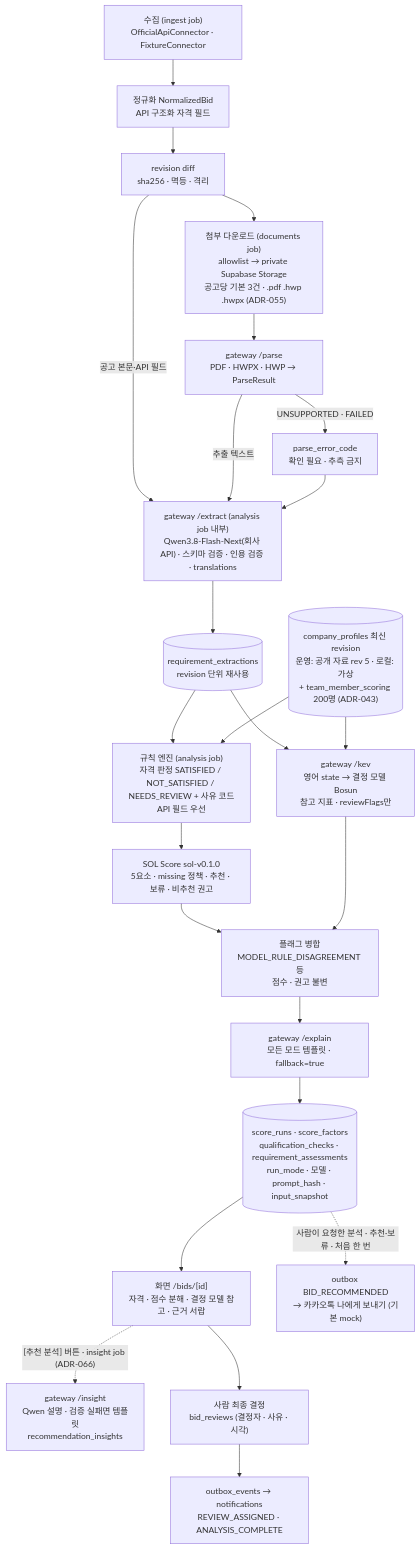
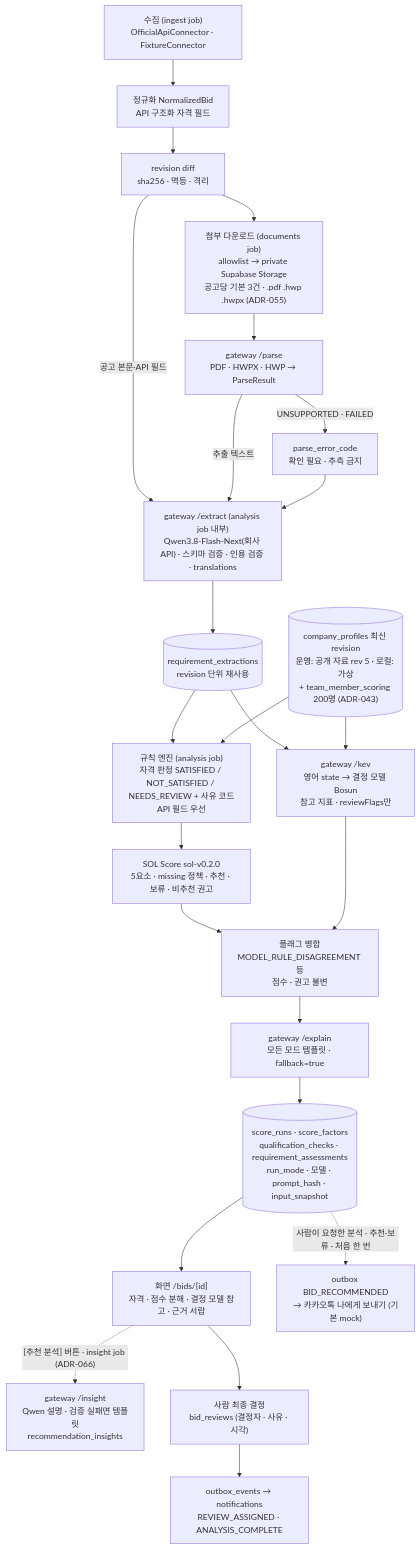
Before and after one commit to solideoai/sol-radar: the third of 3 diagrams in docs/submission/architecture.md, drawn with Mermaid. The commit also changed other lines of this file and 29 other files, not shown here.

First line of the commit message:
feat(scoring): SOL Score v0.2 빈 값 처리·재채점

````diff
--- a/docs/submission/architecture.md
+++ b/docs/submission/architecture.md
@@ -99,26 +99,26 @@
 ```mermaid
 flowchart TD
  A["수집 (ingest job)<br/>OfficialApiConnector · FixtureConnector"] --> N["정규화 NormalizedBid<br/>API 구조화 자격 필드"]
  N --> R1["revision diff<br/>sha256 · 멱등 · 격리"]
  R1 --> D["첨부 다운로드 (documents job)<br/>allowlist → private Supabase Storage<br/>공고당 기본 3건 · .pdf .hwp .hwpx (ADR-055)"]
  D --> P["gateway /parse<br/>PDF · HWPX · HWP → ParseResult"]
  P -->|UNSUPPORTED · FAILED| PE["parse_error_code<br/>확인 필요 · 추측 금지"]
  R1 -->|공고 본문·API 필드| E["gateway /extract (analysis job 내부)<br/>Qwen3.8-Flash-Next(회사 API) · 스키마 검증 · 인용 검증 · translations"]
  P -->|추출 텍스트| E
  PE --> E
  E --> X[("requirement_extractions<br/>revision 단위 재사용")]
  X --> RE["규칙 엔진 (analysis job)<br/>자격 판정 SATISFIED / NOT_SATISFIED / NEEDS_REVIEW + 사유 코드<br/>API 필드 우선"]
  CP[("company_profiles 최신 revision<br/>운영: 공개 자료 rev 5 · 로컬: 가상<br/>+ team_member_scoring 200명 (ADR-043)")] --> RE
- RE --> S["SOL Score sol-v0.1.0<br/>5요소 · missing 정책 · 추천 · 보류 · 비추천 권고"]
+ RE --> S["SOL Score sol-v0.2.0<br/>5요소 · missing 정책 · 추천 · 보류 · 비추천 권고"]
  X --> K["gateway /kev<br/>영어 state → 결정 모델 Bosun<br/>참고 지표 · reviewFlags만"]
  CP --> K
  S --> F["플래그 병합<br/>MODEL_RULE_DISAGREEMENT 등<br/>점수 · 권고 불변"]
  K --> F
  F --> EX["gateway /explain<br/>모든 모드 템플릿 · fallback=true"]
  EX --> Z[("score_runs · score_factors<br/>qualification_checks · requirement_assessments<br/>run_mode · 모델 · prompt_hash · input_snapshot")]
  Z --> UI["화면 /bids/[id]<br/>자격 · 점수 분해 · 결정 모델 참고 · 근거 서랍"]
  UI -. "[추천 분석] 버튼 · insight job (ADR-066)" .-> IN["gateway /insight<br/>Qwen 설명 · 검증 실패면 템플릿<br/>recommendation_insights"]
  UI --> H["사람 최종 결정<br/>bid_reviews (결정자 · 사유 · 시각)"]
  H --> O["outbox_events → notifications<br/>REVIEW_ASSIGNED · ANALYSIS_COMPLETE"]
  Z -. "사람이 요청한 분석 · 추천·보류 · 처음 한 번" .-> KK["outbox BID_RECOMMENDED<br/>→ 카카오톡 나에게 보내기 (기본 mock)"]
 ```
````
